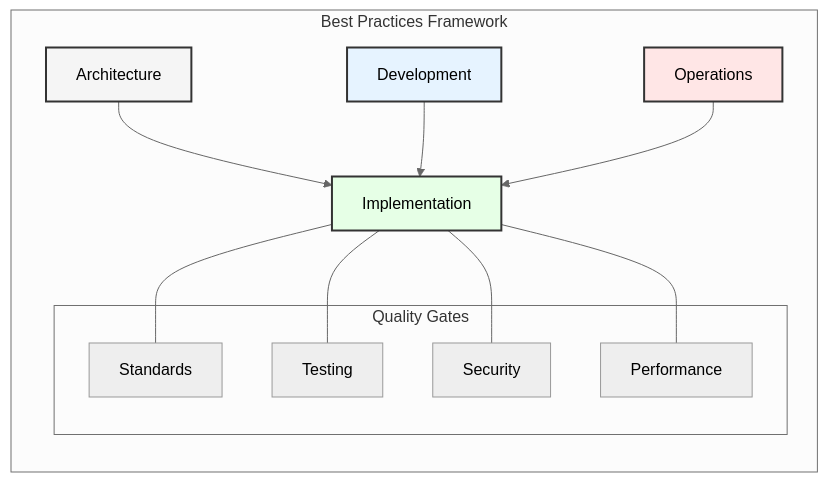
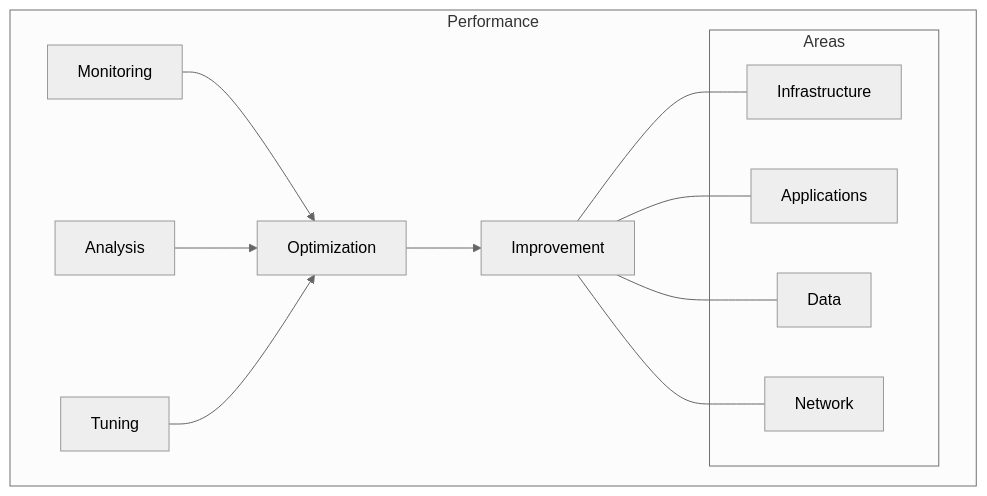
One commit to data-octo/agentic_ai_research changed the seventh of 7 diagrams in enterprise_data_architecture/chapters/08_implementation.md. Above: the diagram before and after it, drawn with Mermaid (neutral theme). The commit also changed other lines of this file and 11 other files, not shown here.

````diff
--- a/enterprise_data_architecture/chapters/08_implementation.md
+++ b/enterprise_data_architecture/chapters/08_implementation.md
@@ -241,25 +291,21 @@
 ```mermaid
-graph LR
-    subgraph "Best Practices Framework"
-        A[Architecture] --> D[Implementation]
-        B[Development] --> D
-        C[Operations] --> D
+graph TB
+    subgraph "Performance"
+        A[Monitoring] --> D[Optimization]
+        B[Analysis] --> D
+        C[Tuning] --> D
+        D --> E[Improvement]
         
-        subgraph "Quality Gates"
-            E[Standards]
-            F[Testing]
-            G[Security]
-            H[Performance]
+        subgraph "Areas"
+            F[Infrastructure]
+            G[Applications]
+            H[Data]
+            I[Network]
         end
         
-        D --- E
-        D --- F
-        D --- G
-        D --- H
+        E --- F
+        E --- G
+        E --- H
+        E --- I
     end
-    
-    style A fill:#f5f5f5,stroke:#333,stroke-width:2px
-    style B fill:#e6f3ff,stroke:#333,stroke-width:2px
-    style C fill:#ffe6e6,stroke:#333,stroke-width:2px
-    style D fill:#e6ffe6,stroke:#333,stroke-width:2px
 ```
````
